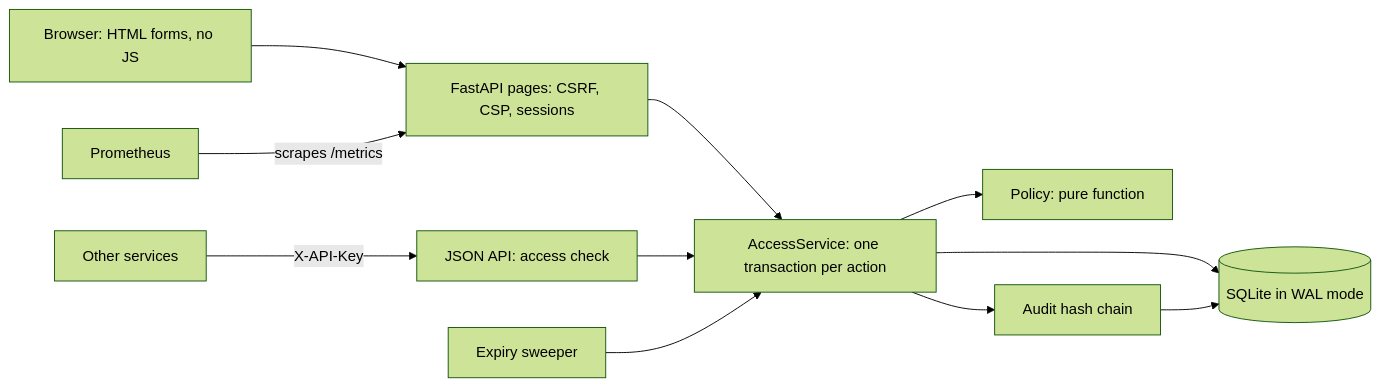
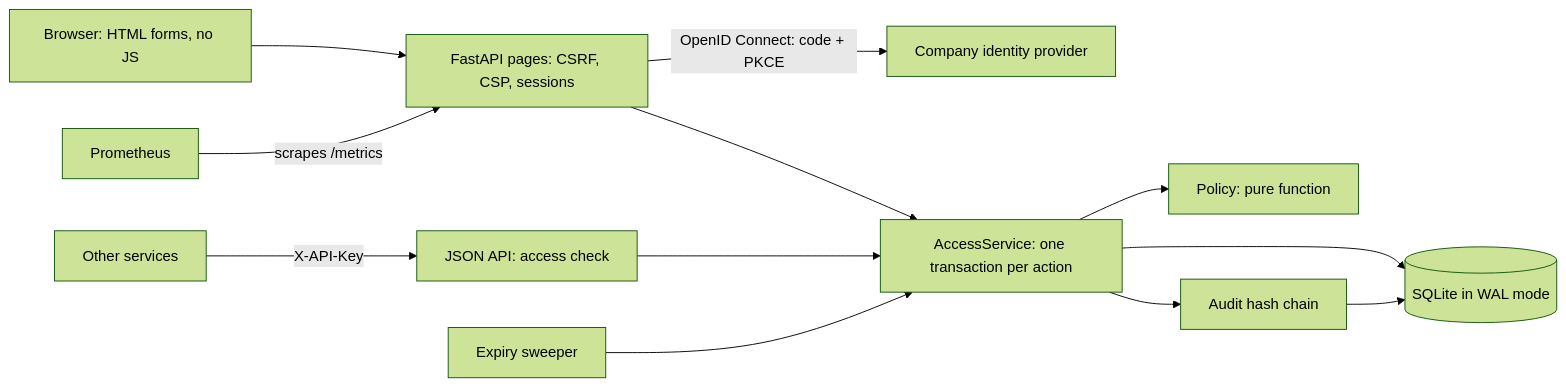
The diagram in README.md (gargshishirr/accessdesk), drawn with Mermaid (forest theme) before and after one commit. The commit also changed other lines of this file and 6 other files, not shown here.

````diff
--- a/README.md
+++ b/README.md
@@ -100,13 +128,14 @@
 ```mermaid
 flowchart LR
     B[Browser: HTML forms, no JS] --> W[FastAPI pages: CSRF, CSP, sessions]
+    W -- OpenID Connect: code + PKCE --> I[Company identity provider]
     S[Other services] -- X-API-Key --> A[JSON API: access check]
     W --> SV[AccessService: one transaction per action]
     A --> SV
     SV --> P[Policy: pure function]
     SV --> L[Audit hash chain]
     SV --> DB[(SQLite in WAL mode)]
     L --> DB
     T[Expiry sweeper] --> SV
     M[Prometheus] -- scrapes /metrics --> W
 ```
````
